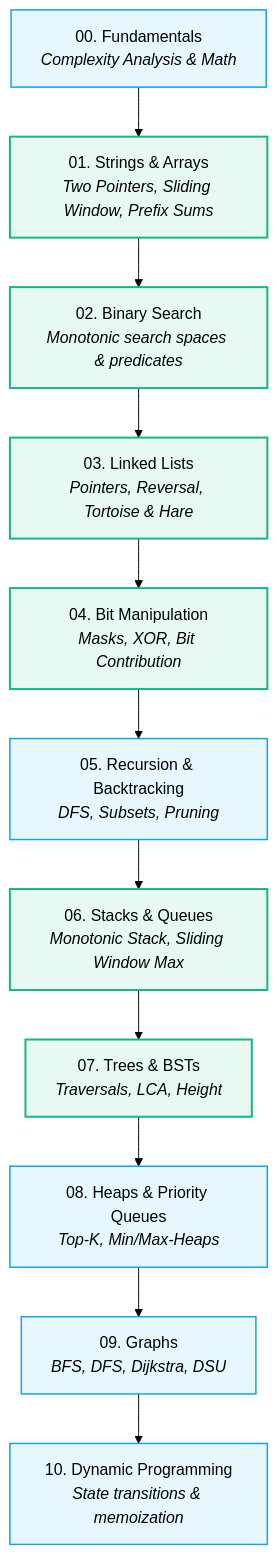
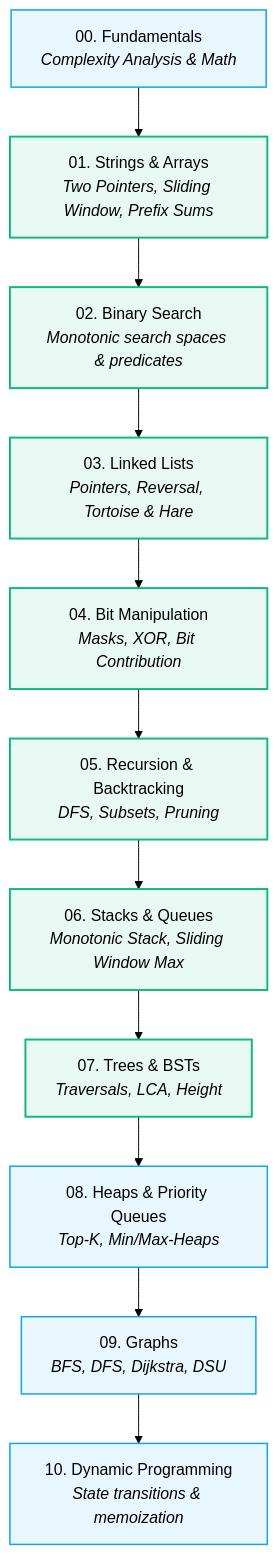
Before and after one commit to abhinavbharti2345/CS_Notes: the diagram in CS/DSA/README.md, drawn with Mermaid (forest theme). The commit also changed other lines of this file and 10 other files, not shown here.

````diff
--- a/CS/DSA/README.md
+++ b/CS/DSA/README.md
@@ -22,21 +22,21 @@
 ```mermaid
 flowchart TD
     M0["00. Fundamentals<br/><i>Complexity Analysis & Math</i>"]
     M1["01. Strings & Arrays<br/><i>Two Pointers, Sliding Window, Prefix Sums</i>"]
     M2["02. Binary Search<br/><i>Monotonic search spaces & predicates</i>"]
     M3["03. Linked Lists<br/><i>Pointers, Reversal, Tortoise & Hare</i>"]
     M4["04. Bit Manipulation<br/><i>Masks, XOR, Bit Contribution</i>"]
     M5["05. Recursion & Backtracking<br/><i>DFS, Subsets, Pruning</i>"]
     M6["06. Stacks & Queues<br/><i>Monotonic Stack, Sliding Window Max</i>"]
     M7["07. Trees & BSTs<br/><i>Traversals, LCA, Height</i>"]
     M8["08. Heaps & Priority Queues<br/><i>Top-K, Min/Max-Heaps</i>"]
     M9["09. Graphs<br/><i>BFS, DFS, Dijkstra, DSU</i>"]
     M10["10. Dynamic Programming<br/><i>State transitions & memoization</i>"]
 
     M0 --> M1 --> M2 --> M3 --> M4 --> M5 --> M6 --> M7 --> M8 --> M9 --> M10
 
     classDef active fill:#10b98118,stroke:#10b981,stroke-width:2px;
     classDef planned fill:#0ea5e918,stroke:#0ea5e9,stroke-width:1.5px;
-    class M1,M2,M3,M4,M6,M7 active;
-    class M0,M5,M8,M9,M10 planned;
+    class M1,M2,M3,M4,M5,M6,M7 active;
+    class M0,M8,M9,M10 planned;
 ```
````
